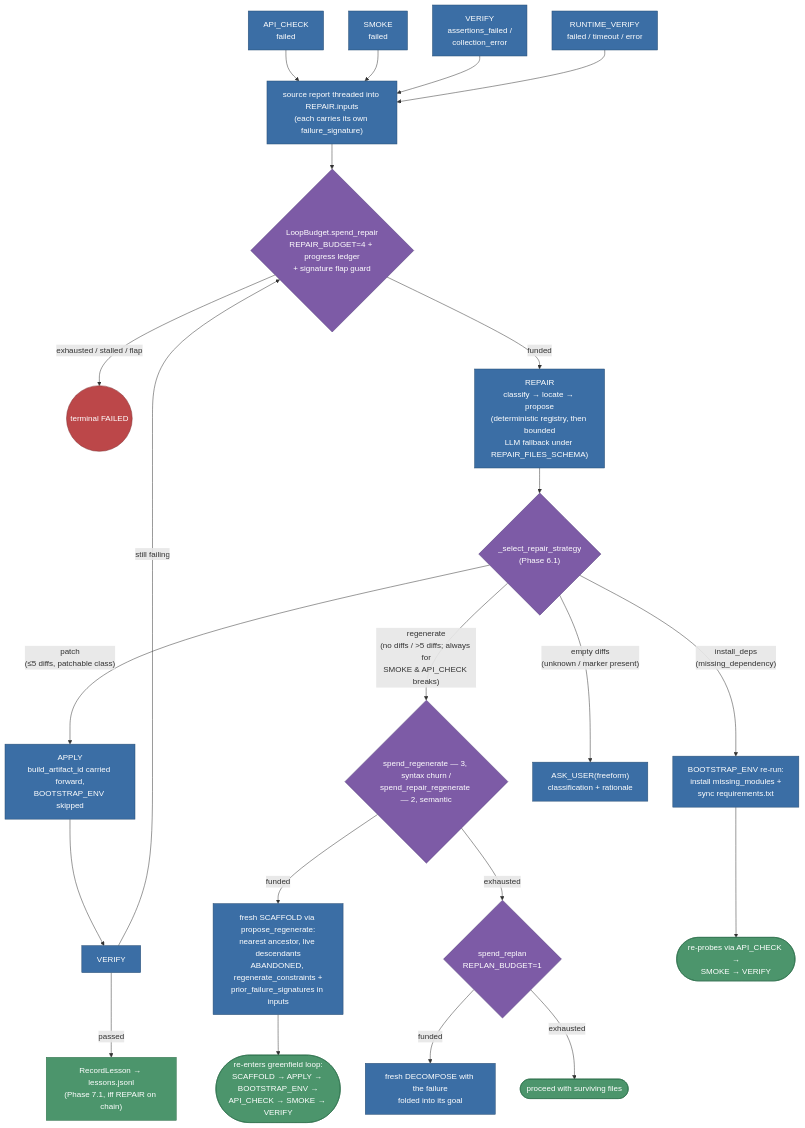
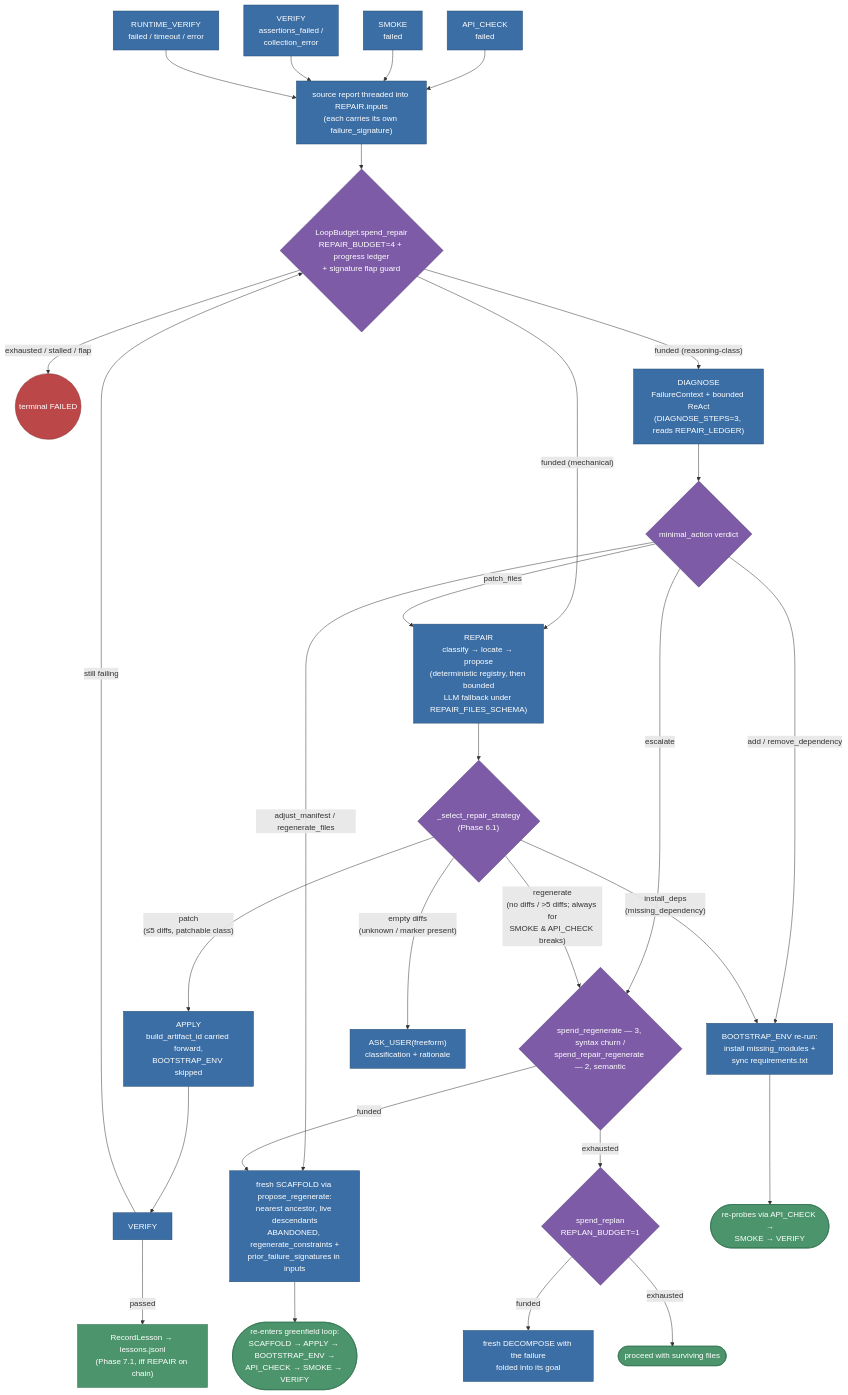
Before and after one commit to raminmohammadi/CGX: the fifth of 6 diagrams in docs/flowcharts.md, drawn with Mermaid. The commit also changed other lines of this file and 4 other files, not shown here.

First line of the commit message:
docs(diagnose): P2.7 document the DIAGNOSE reasoning rung across docs + wiki

````diff
--- a/docs/flowcharts.md
+++ b/docs/flowcharts.md
@@ -582,40 +612,46 @@
 ```mermaid
 flowchart TB
     AC["API_CHECK<br/>failed"] --> SRC
     SM["SMOKE<br/>failed"] --> SRC
     VF["VERIFY<br/>assertions_failed /<br/>collection_error"] --> SRC
     RV["RUNTIME_VERIFY<br/>failed / timeout / error"] --> SRC
     SRC["source report threaded into REPAIR.inputs<br/>(each carries its own failure_signature)"] --> GUARD
 
     GUARD{"LoopBudget.spend_repair<br/>REPAIR_BUDGET=4 + progress ledger<br/>+ signature flap guard"}
     GUARD -- "exhausted / stalled / flap" --> FAIL((terminal FAILED))
-    GUARD -- funded --> REP["REPAIR<br/>classify → locate → propose<br/>(deterministic registry, then bounded<br/>LLM fallback under REPAIR_FILES_SCHEMA)"]
+    GUARD -- "funded (mechanical)" --> REP["REPAIR<br/>classify → locate → propose<br/>(deterministic registry, then bounded<br/>LLM fallback under REPAIR_FILES_SCHEMA)"]
+    GUARD -- "funded (reasoning-class)" --> DIAG["DIAGNOSE<br/>FailureContext + bounded ReAct<br/>(DIAGNOSE_STEPS=3, reads REPAIR_LEDGER)"]
+    DIAG --> DVERD{"minimal_action verdict"}
+    DVERD -- patch_files --> REP
+    DVERD -- "add / remove_dependency" --> BOOT
+    DVERD -- "adjust_manifest / regenerate_files" --> SCA
+    DVERD -- escalate --> RGUARD
 
     REP --> STRAT{"_select_repair_strategy<br/>(Phase 6.1)"}
 
     STRAT -- "patch<br/>(≤5 diffs, patchable class)" --> APP["APPLY<br/>build_artifact_id carried forward,<br/>BOOTSTRAP_ENV skipped"]
     APP --> VER2["VERIFY"]
     VER2 -- passed --> LES["RecordLesson → lessons.jsonl<br/>(Phase 7.1, iff REPAIR on chain)"]
     VER2 -- "still failing" --> GUARD
 
     STRAT -- "regenerate<br/>(no diffs / >5 diffs; always for<br/>SMOKE & API_CHECK breaks)" --> RGUARD{"spend_regenerate — 3, syntax churn /<br/>spend_repair_regenerate — 2, semantic"}
     RGUARD -- funded --> SCA["fresh SCAFFOLD via propose_regenerate:<br/>nearest ancestor, live descendants<br/>ABANDONED, regenerate_constraints +<br/>prior_failure_signatures in inputs"]
     SCA --> LOOP(["re-enters greenfield loop:<br/>SCAFFOLD → APPLY → BOOTSTRAP_ENV →<br/>API_CHECK → SMOKE → VERIFY"])
     RGUARD -- exhausted --> RPL{"spend_replan<br/>REPLAN_BUDGET=1"}
     RPL -- funded --> DEC["fresh DECOMPOSE with the failure<br/>folded into its goal"]
     RPL -- exhausted --> SURV(["proceed with surviving files"])
 
     STRAT -- "install_deps<br/>(missing_dependency)" --> BOOT["BOOTSTRAP_ENV re-run:<br/>install missing_modules +<br/>sync requirements.txt"]
     BOOT --> LOOP2(["re-probes via API_CHECK →<br/>SMOKE → VERIFY"])
 
     STRAT -- "empty diffs<br/>(unknown / marker present)" --> ASK["ASK_USER(freeform)<br/>classification + rationale"]
 
     classDef road fill:#3b6ea5,stroke:#274c73,color:#fff;
     classDef gate fill:#7d5ba6,stroke:#4c3575,color:#fff;
     classDef term fill:#4c956c,stroke:#2c6e49,color:#fff;
     classDef bad fill:#bc4749,stroke:#7f2d2f,color:#fff;
-    class AC,SM,VF,RV,SRC,REP,APP,VER2,SCA,DEC,ASK,BOOT road;
-    class GUARD,STRAT,RGUARD,RPL gate;
+    class AC,SM,VF,RV,SRC,REP,APP,VER2,SCA,DEC,ASK,BOOT,DIAG road;
+    class GUARD,STRAT,RGUARD,RPL,DVERD gate;
     class LES,LOOP,LOOP2,SURV term;
     class FAIL bad;
 ```
````
